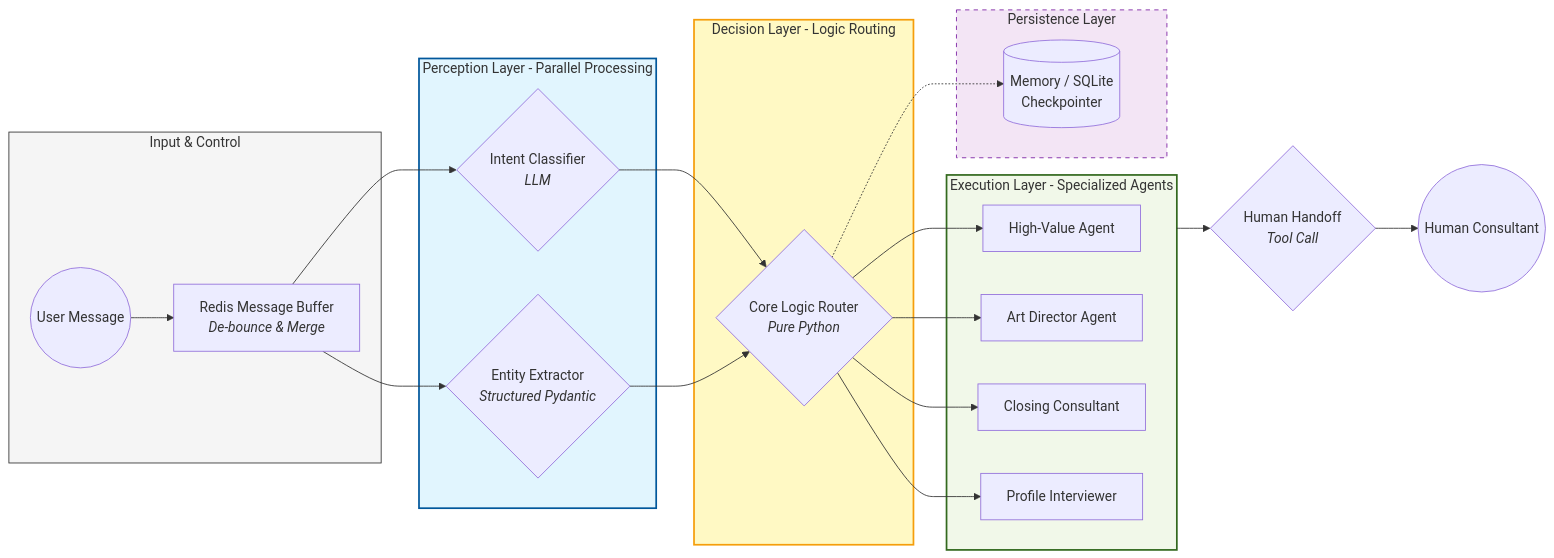
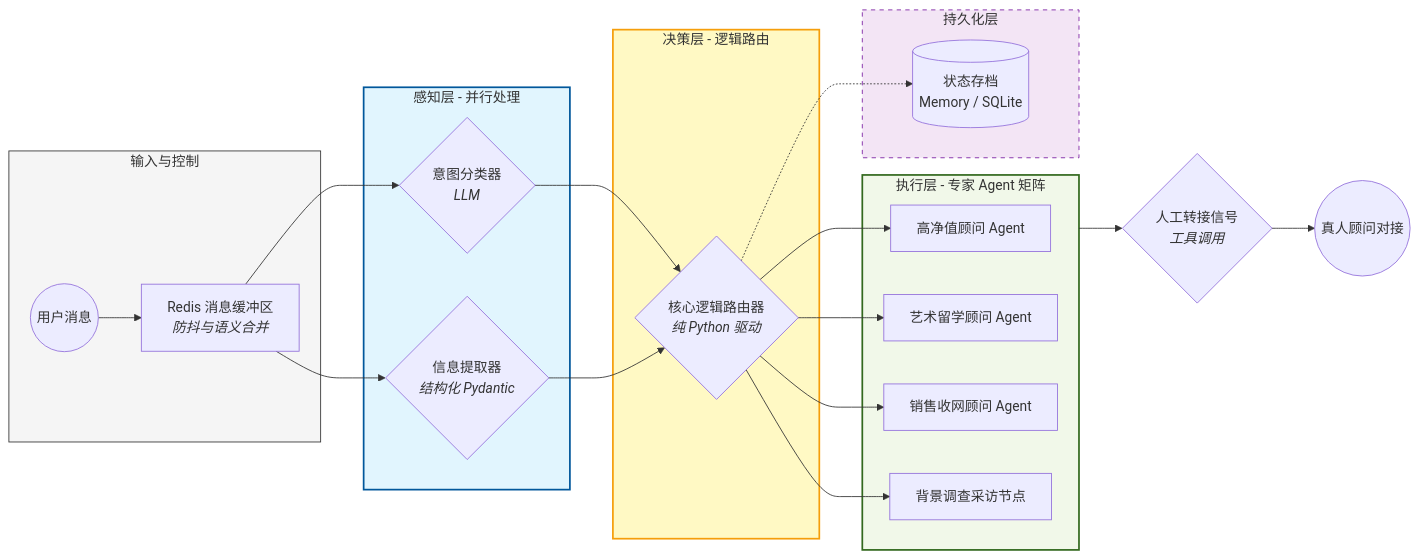
Before and after one commit to JackybigW/baoshu_ai: the diagram in README.md, drawn with Mermaid. The commit also changed other lines of this file and 1 other file, not shown here.

Commit message:
docs: 实现中英文双语 README 并优化架构图视觉呈现

````diff
--- a/README.md
+++ b/README.md
@@ -13,36 +15,36 @@
 ```mermaid
 graph LR
-    subgraph Input_Layer [Input & Control]
-        User((User Message)) --> Buffer[Redis Message Buffer<br/><i>De-bounce & Merge</i>]
+    subgraph Input_Layer [输入与控制]
+        User((用户消息)) --> Buffer[Redis 消息缓冲区<br/><i>防抖与语义合并</i>]
     end
 
-    subgraph Perception_Layer [Perception Layer - Parallel Processing]
-        Buffer --> Classifier{Intent Classifier<br/><i>LLM</i>}
-        Buffer --> Extractor{Entity Extractor<br/><i>Structured Pydantic</i>}
+    subgraph Perception_Layer [感知层 - 并行处理]
+        Buffer --> Classifier{意图分类器<br/><i>LLM</i>}
+        Buffer --> Extractor{信息提取器<br/><i>结构化 Pydantic</i>}
     end
 
-    subgraph Decision_Layer [Decision Layer - Logic Routing]
-        Classifier & Extractor --> Router{Core Logic Router<br/><i>Pure Python</i>}
+    subgraph Decision_Layer [决策层 - 逻辑路由]
+        Classifier & Extractor --> Router{核心逻辑路由器<br/><i>纯 Python 驱动</i>}
     end
 
-    subgraph Execution_Layer [Execution Layer - Specialized Agents]
-        Router --> HV[High-Value Agent]
-        Router --> ART[Art Director Agent]
-        Router --> CS[Closing Consultant]
-        Router --> IV[Profile Interviewer]
+    subgraph Execution_Layer [执行层 - 专家 Agent 矩阵]
+        Router --> HV[高净值顾问 Agent]
+        Router --> ART[艺术留学顾问 Agent]
+        Router --> CS[销售收网顾问 Agent]
+        Router --> IV[背景调查采访节点]
     end
 
-    Execution_Layer --> Handoff{Human Handoff<br/><i>Tool Call</i>}
-    Handoff --> Agent_Assigned((Human Consultant))
+    Execution_Layer --> Handoff{人工转接信号<br/><i>工具调用</i>}
+    Handoff --> Agent_Assigned((真人顾问对接))
 
-    subgraph Persistence [Persistence Layer]
-        Router -.-> DB[(Memory / SQLite<br/>Checkpointer)]
+    subgraph Persistence [持久化层]
+        Router -.-> DB[(状态存档<br/>Memory / SQLite)]
     end
 
     %% Styling
     style Input_Layer fill:#f5f5f5,stroke:#333
     style Perception_Layer fill:#e1f5fe,stroke:#01579b,stroke-width:2px
     style Decision_Layer fill:#fff9c4,stroke:#f59e0b,stroke-width:2px
     style Execution_Layer fill:#f1f8e9,stroke:#33691e,stroke-width:2px
     style Persistence fill:#f3e5f5,stroke:#7b1fa2,stroke-dasharray: 5 5
 ```
````
